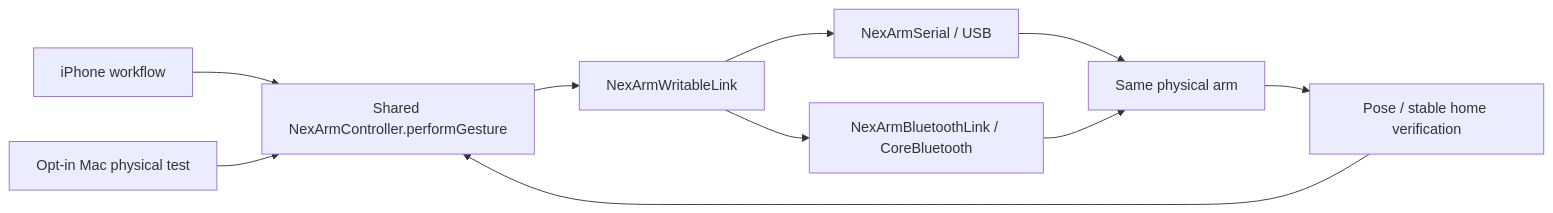
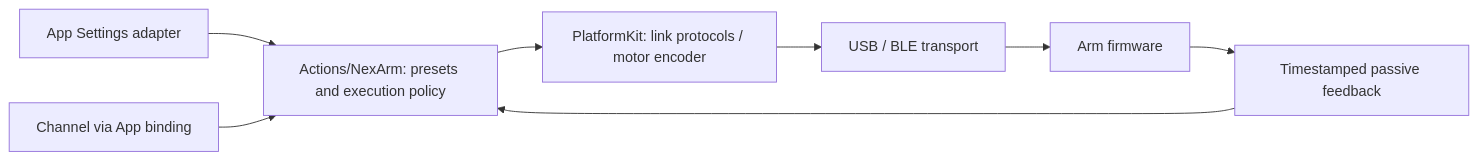
Before and after one commit to devilyouwei/MobileHarness: the diagram in MobileHarness/PlatformKit/Connectivity/NexArm/README.md, drawn with Mermaid. The commit also changed other lines of this file and 120 other files, not shown here.

Commit message:
Refine NexArm arrival policies, action composition and module boundaries

````diff
--- a/MobileHarness/PlatformKit/Connectivity/NexArm/README.md
+++ b/MobileHarness/PlatformKit/Connectivity/NexArm/README.md
@@ -167,12 +11,10 @@
 ```mermaid
 flowchart LR
-    Phone[iPhone workflow] --> Controller[Shared NexArmController.performGesture]
-    Mac[Opt-in Mac physical test] --> Controller
-    Controller --> Link[NexArmWritableLink]
-    Link --> Serial[NexArmSerial / USB]
-    Link --> BLE[NexArmBluetoothLink / CoreBluetooth]
-    Serial --> Arm[Same physical arm]
-    BLE --> Arm
-    Arm --> Feedback[Pose / stable home verification]
-    Feedback --> Controller
+    Settings[App Settings adapter] --> Actions[Actions/NexArm: presets and execution policy]
+    Channel[Channel via App binding] --> Actions
+    Actions --> Protocol[PlatformKit: link protocols / motor encoder]
+    Protocol --> Transport[USB / BLE transport]
+    Transport --> Device[Arm firmware]
+    Device --> Feedback[Timestamped passive feedback]
+    Feedback --> Actions
 ```
````
